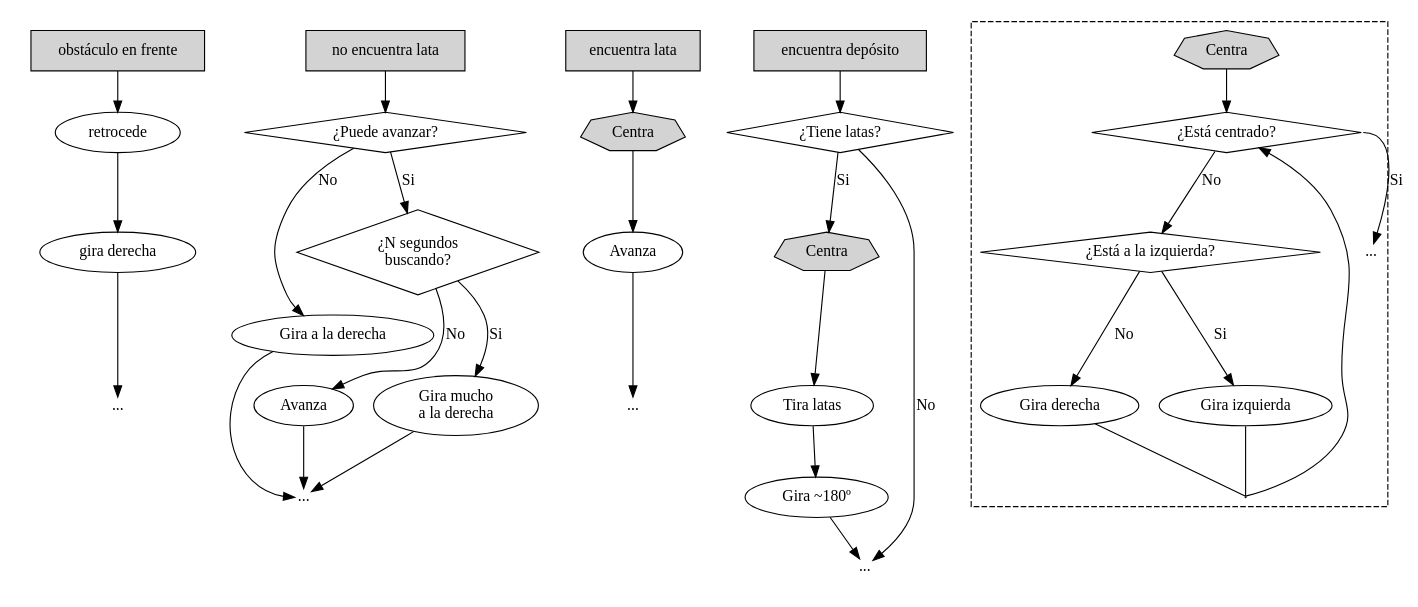
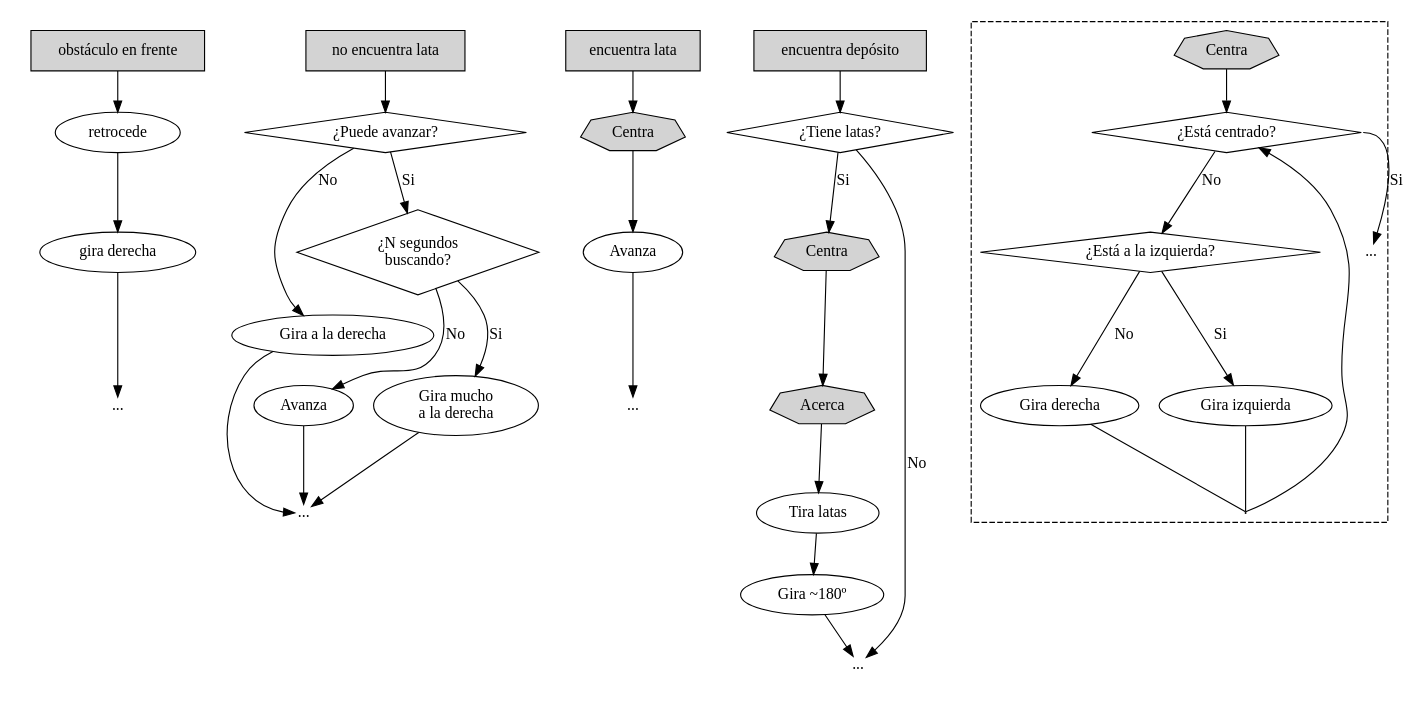
Before and after one commit to boribs/arenito-galacticos: the diagram in raspi/graphs/dd.dot, drawn with Graphviz. The commit also changed 1 other file, not shown here.

```diff
--- a/raspi/graphs/dd.dot
+++ b/raspi/graphs/dd.dot
@@ -1,74 +1,75 @@
 digraph G {
     subgraph cluster_obstáculo_en_frente {
         graph [style = invis]
 
         starto [style = filled; shape = box; label = "obstáculo en frente"]
         endo [shape = plain; label = "..."]
         i1o [label = "retrocede"]
         i2o [label = "gira derecha"]
 
         starto -> i1o -> i2o -> endo
     }
 
     subgraph cluster_no_encuentra_lata {
         graph [style = invis]
         starta [style = filled; shape = box; label = "no encuentra lata"]
         q1a [shape = diamond; label = "¿Puede avanzar?"]
         d1a [label = "Gira a la derecha"]
         a1a [label = "Avanza"]
         q2a [shape = diamond; label = "¿N segundos\nbuscando?"]
         a2a [label = "Gira mucho\na la derecha"]
         enda [shape = plain; label = "..."]
 
         starta -> q1a
         q1a -> d1a [label = "No"]
         d1a -> enda [headport = w]
         q1a -> q2a [label = "Si"]
         q2a -> a2a [label = "Si"]
         q2a -> a1a [label = "No"]
         a1a, a2a -> enda
     }
 
     subgraph cluster_encuentra_lata {
         graph [style = invis]
         startb [style = filled; shape = box; label = "encuentra lata"]
         centrab [style = filled; shape = septagon; label = "Centra"]
         endb [shape = plain; label = "..."]
 
         startb -> centrab -> Avanza -> endb
     }
 
-    subgraph cluster_encontro_deposito {
+    subgraph cluster_encuentra_deposito {
         graph [style = invis]
         startc [style = filled; shape = box; label = "encuentra depósito"]
         q1c [shape = diamond; label = "¿Tiene latas?"]
         i1c [label = "Tira latas"]
         i2c [label = "Gira ~180º"]
         centrac [style = filled; shape = septagon; label = "Centra"]
+        acercac [style = filled; shape = septagon; label = "Acerca"]
         endc [shape = plain; label = "..."]
 
         startc -> q1c
         q1c -> endc [label = "No"]
         q1c -> centrac [label = "Si"]
-        centrac -> i1c -> i2c -> endc
+        centrac -> acercac -> i1c -> i2c -> endc
     }
 
     subgraph cluster_centra {
         graph [style = dashed]
         centra [style = filled; shape = septagon; label = "Centra"]
         q1ce [shape = diamond; label = "¿Está centrado?"]
         q2ce [shape = diamond; label = "¿Está a la izquierda?"]
         i1ce [label = "Gira izquierda"]
         i2ce [label = "Gira derecha"]
         endce [shape = plain; label = "..."]
         d1 [shape = point, width = 0.01, height = 0.01]
 
         centra -> q1ce
         q1ce -> endce [label = "Si"; tailport = e]
         q1ce -> q2ce [label = "No"]
         q2ce -> i1ce [label = "Si"]
         q2ce -> i2ce [label = "No"]
         i1ce, i2ce -> d1 [dir = none]
         d1 -> q1ce
     }
 }
```
